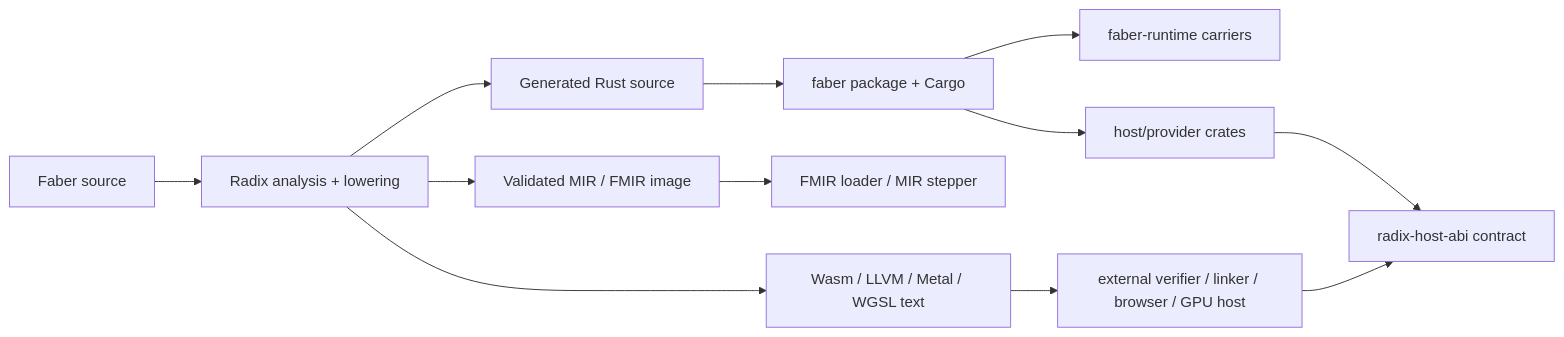
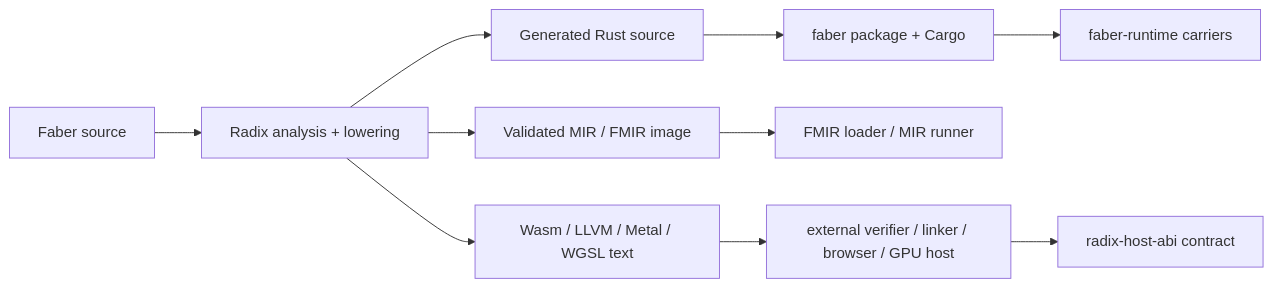
The tenth of 10 diagrams in src/en-US/toolchain/radix.md (faberlang/faberlang.dev), drawn with Mermaid before and after one commit. The commit also changed other lines of this file and 49 other files, not shown here.

````diff
--- a/src/en-US/toolchain/radix.md
+++ b/src/en-US/toolchain/radix.md
@@ -991,16 +1024,14 @@
 ```mermaid
 flowchart LR
     Source["Faber source"] --> Radix["Radix analysis + lowering"]
     Radix --> RustSrc["Generated Rust source"]
     Radix --> MIRImage["Validated MIR / FMIR image"]
     Radix --> DeviceText["Wasm / LLVM / Metal / WGSL text"]
 
     RustSrc --> Cargo["faber package + Cargo"]
     Cargo --> Runtime["faber-runtime carriers"]
-    Cargo --> HostProviders["host/provider crates"]
 
-    MIRImage --> Stepper["FMIR loader / MIR stepper"]
+    MIRImage --> Runner["FMIR loader / MIR runner"]
     DeviceText --> ExternalHost["external verifier / linker / browser / GPU host"]
     ExternalHost --> ABI["radix-host-abi contract"]
-    HostProviders --> ABI
 ```
````
